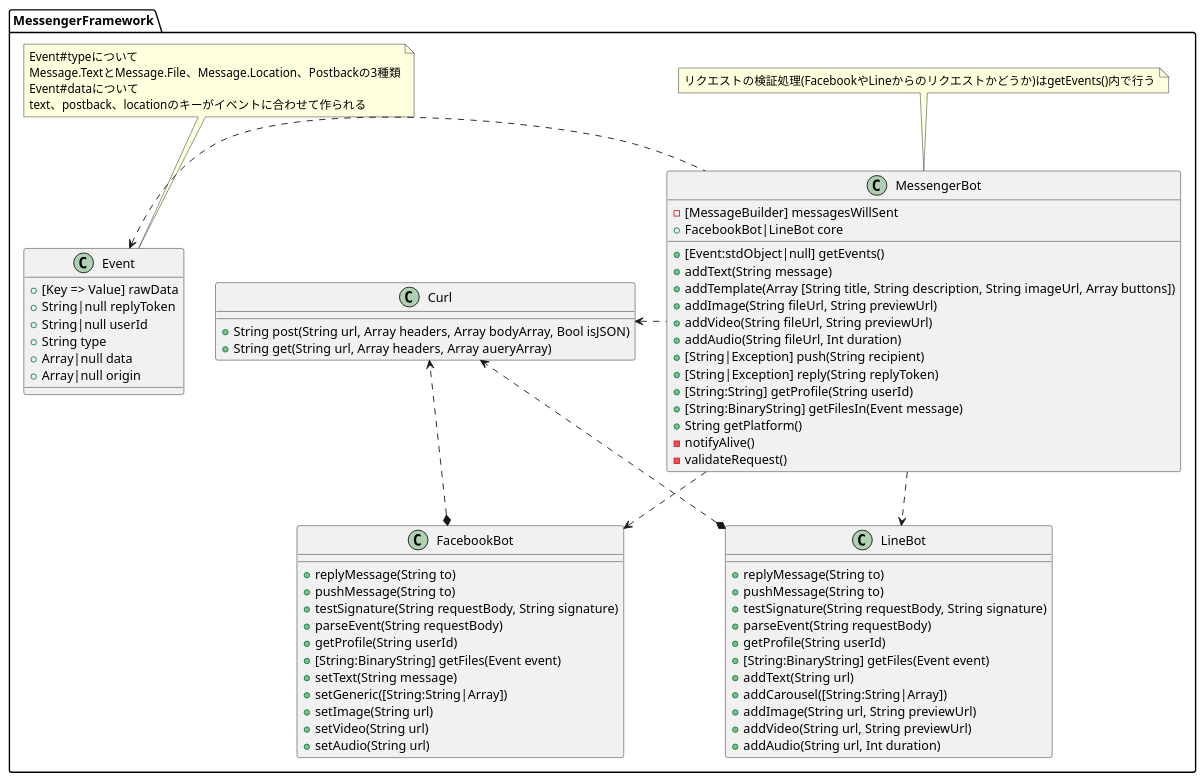
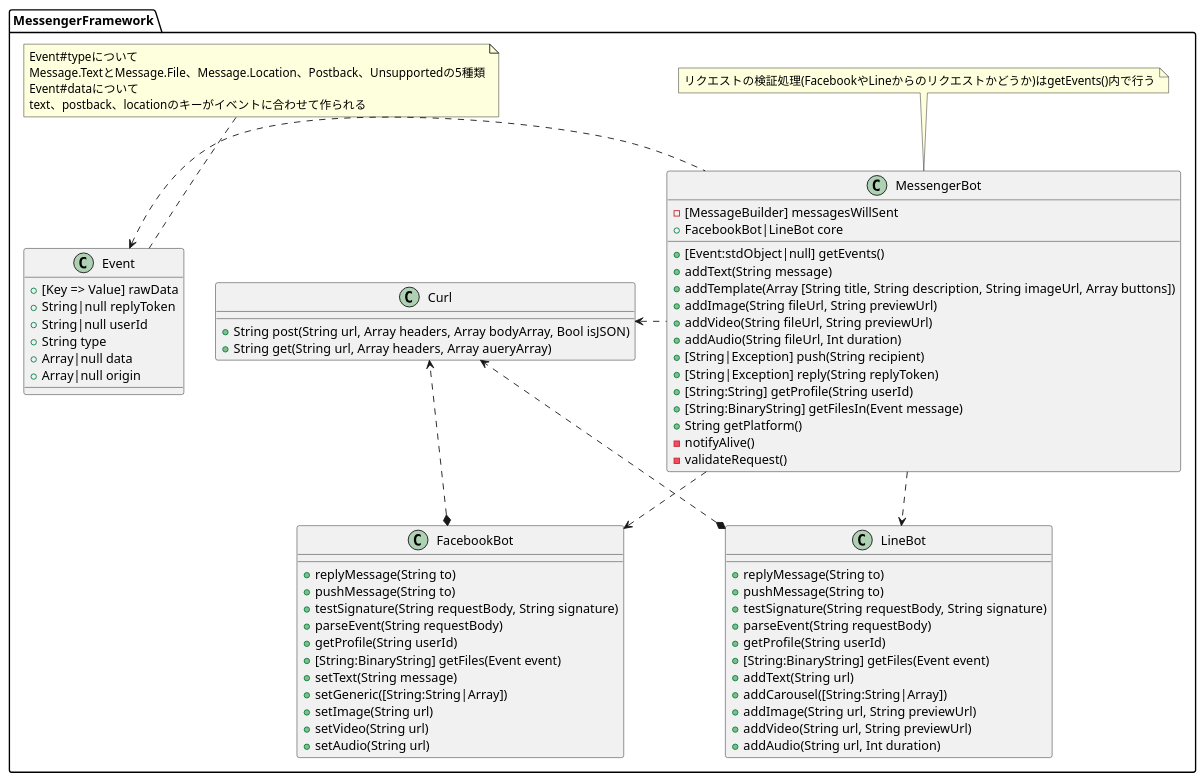
The diagram in docs/class-spec.puml (genies-inc/messenger-framework), drawn with PlantUML before and after one commit. The commit also changed 1 other file, not shown here.

```diff
--- a/docs/class-spec.puml
+++ b/docs/class-spec.puml
@@ -1,89 +1,89 @@
 @startuml
 
 namespace MessengerFramework {
 
   class Event {
     + [Key => Value] rawData
     + String|null replyToken
     + String|null userId
     + String type
     + Array|null data
     + Array|null origin
   }
 
   note top of Event
     Event#typeについて
-    Message.TextとMessage.File、Message.Location、Postbackの3種類
+    Message.TextとMessage.File、Message.Location、Postback、Unsupportedの5種類
     Event#dataについて
     text、postback、locationのキーがイベントに合わせて作られる
   end note
 
   class MessengerBot {
     - [MessageBuilder] messagesWillSent
     + FacebookBot|LineBot core
     + [Event:stdObject|null] getEvents()
     + addText(String message)
     + addTemplate(Array [String title, String description, String imageUrl, Array buttons])
     + addImage(String fileUrl, String previewUrl)
     + addVideo(String fileUrl, String previewUrl)
     + addAudio(String fileUrl, Int duration)
     + [String|Exception] push(String recipient)
     + [String|Exception] reply(String replyToken)
     + [String:String] getProfile(String userId)
     + [String:BinaryString] getFilesIn(Event message)
     + String getPlatform()
     - notifyAlive()
     - validateRequest()
   }
 
   note top of MessengerBot
     リクエストの検証処理(FacebookやLineからのリクエストかどうか)はgetEvents()内で行う
   end note
 
   class FacebookBot {
     + replyMessage(String to)
     + pushMessage(String to)
     + testSignature(String requestBody, String signature)
     + parseEvent(String requestBody)
     + getProfile(String userId)
     + [String:BinaryString] getFiles(Event event)
     + setText(String message)
     + setGeneric([String:String|Array])
     + setImage(String url)
     + setVideo(String url)
     + setAudio(String url)
   }
 
   class LineBot {
     + replyMessage(String to)
     + pushMessage(String to)
     + testSignature(String requestBody, String signature)
     + parseEvent(String requestBody)
     + getProfile(String userId)
     + [String:BinaryString] getFiles(Event event)
     + addText(String url)
     + addCarousel([String:String|Array])
     + addImage(String url, String previewUrl)
     + addVideo(String url, String previewUrl)
     + addAudio(String url, Int duration)
   }
 
   class Curl {
     + String post(String url, Array headers, Array bodyArray, Bool isJSON)
     + String get(String url, Array headers, Array aueryArray)
   }
 
 }
 
 ' MessengerFramework内の関連
 
 MessengerFramework.MessengerBot .d.> MessengerFramework.FacebookBot
 MessengerFramework.MessengerBot .d.> MessengerFramework.LineBot
 MessengerFramework.MessengerBot .l.> MessengerFramework.Curl
 MessengerFramework.MessengerBot .l.> MessengerFramework.Event
 
 MessengerFramework.FacebookBot *..> MessengerFramework.Curl
 
 MessengerFramework.LineBot *..> MessengerFramework.Curl
 
 @enduml
```
